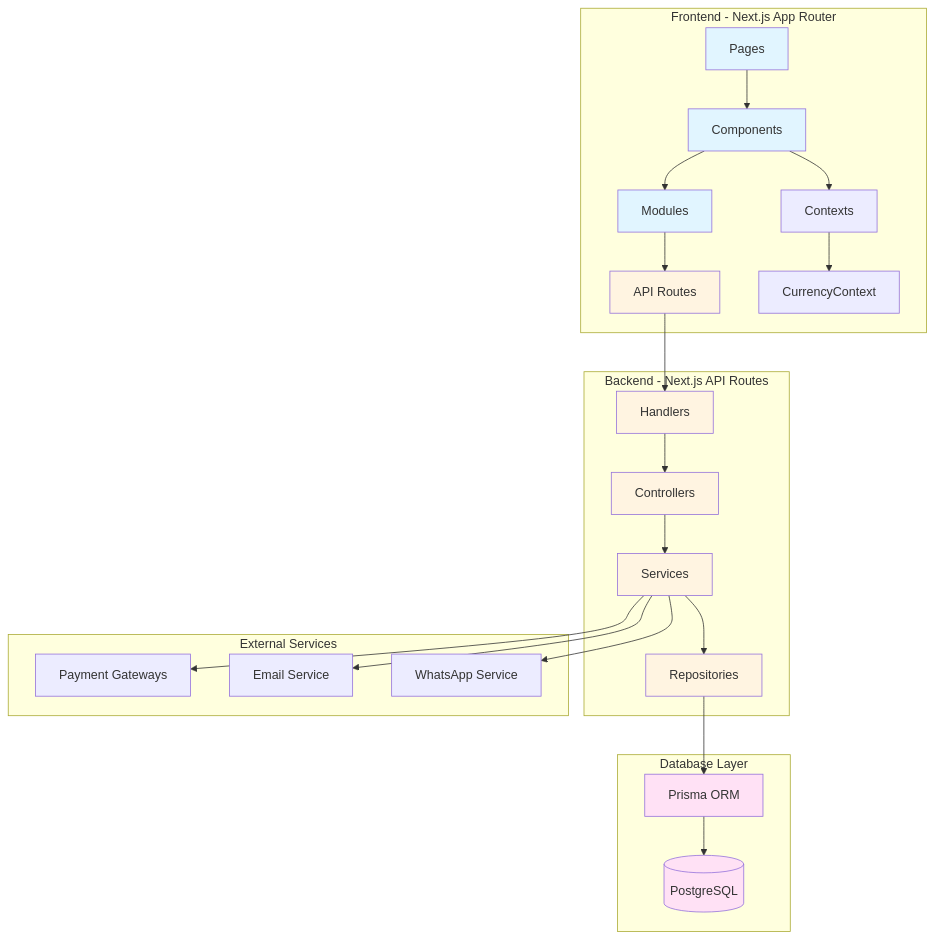
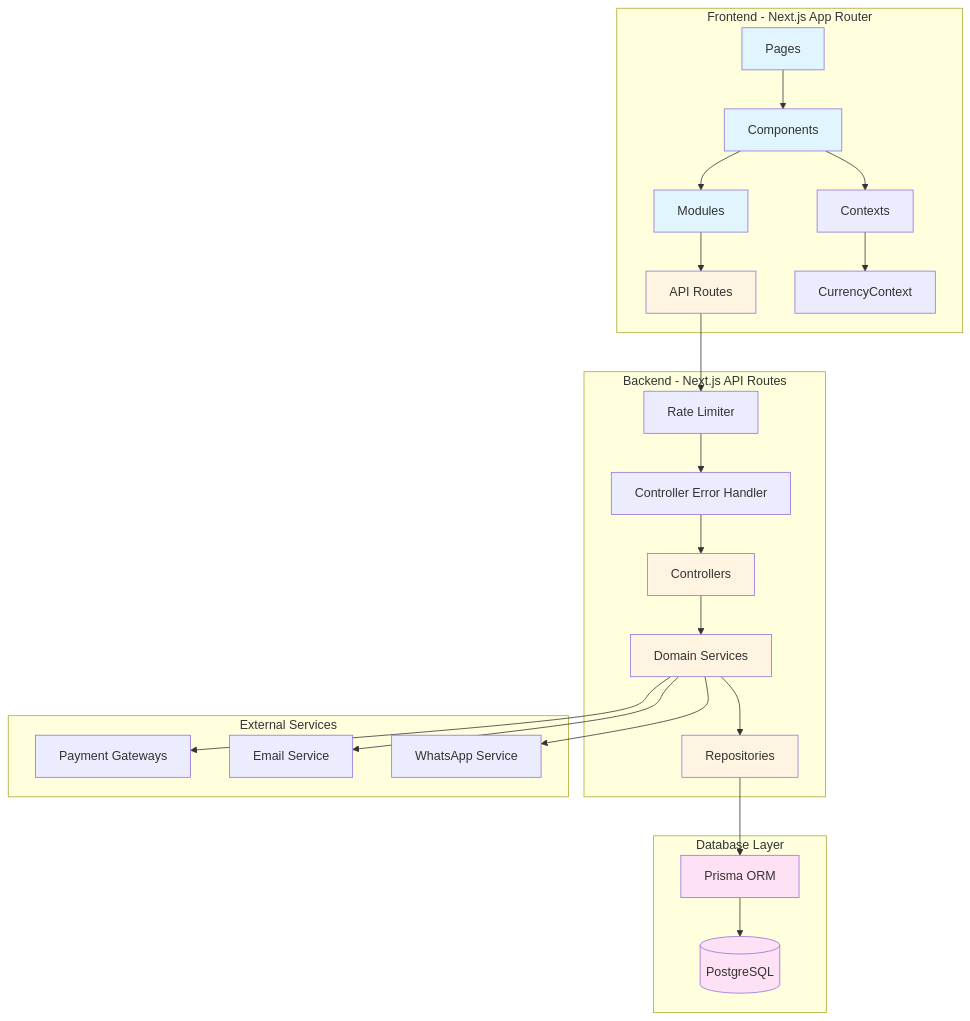
One commit to ximepaparella/antartur changed the first of 12 diagrams in docs/ARCHITECTURE_DIAGRAM.md. Above: the diagram before and after it, drawn with Mermaid. The commit also changed other lines of this file and 19 other files, not shown here.

````diff
--- a/docs/ARCHITECTURE_DIAGRAM.md
+++ b/docs/ARCHITECTURE_DIAGRAM.md
@@ -5,39 +11,39 @@
 ```mermaid
 graph TB
     subgraph "Frontend - Next.js App Router"
         A[Pages] --> B[Components]
         B --> C[Modules]
         C --> D[API Routes]
         B --> E[Contexts]
         E --> F[CurrencyContext]
     end
     
     subgraph "Backend - Next.js API Routes"
-        D --> G[Handlers]
-        G --> H[Controllers]
-        H --> I[Services]
-        I --> J[Repositories]
+        D --> G[Rate Limiter]
+        G --> H[Controller Error Handler]
+        H --> I[Controllers]
+        I --> J[Domain Services]
+        J --> K[Repositories]
     end
     
     subgraph "Database Layer"
-        J --> K[Prisma ORM]
-        K --> L[(PostgreSQL)]
+        K --> L[Prisma ORM]
+        L --> M[(PostgreSQL)]
     end
     
     subgraph "External Services"
-        I --> M[Payment Gateways]
-        I --> N[Email Service]
-        I --> O[WhatsApp Service]
+        J --> N[Payment Gateways]
+        J --> O[Email Service]
+        J --> P[WhatsApp Service]
     end
     
     style A fill:#e1f5ff
     style B fill:#e1f5ff
     style C fill:#e1f5ff
     style D fill:#fff4e1
-    style G fill:#fff4e1
-    style H fill:#fff4e1
     style I fill:#fff4e1
     style J fill:#fff4e1
-    style K fill:#ffe1f5
+    style K fill:#fff4e1
     style L fill:#ffe1f5
+    style M fill:#ffe1f5
 ```
````
